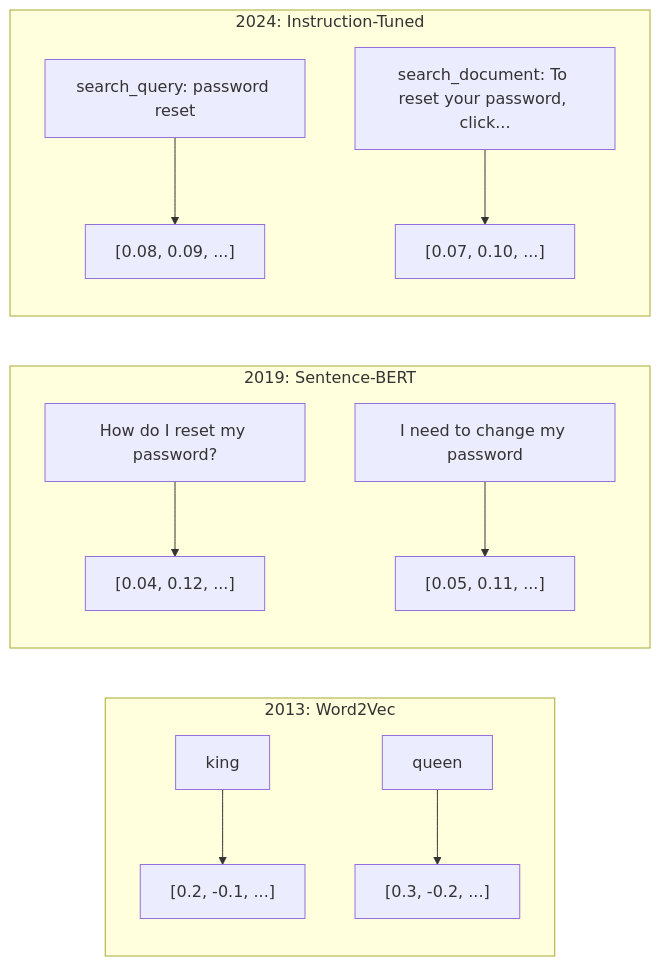
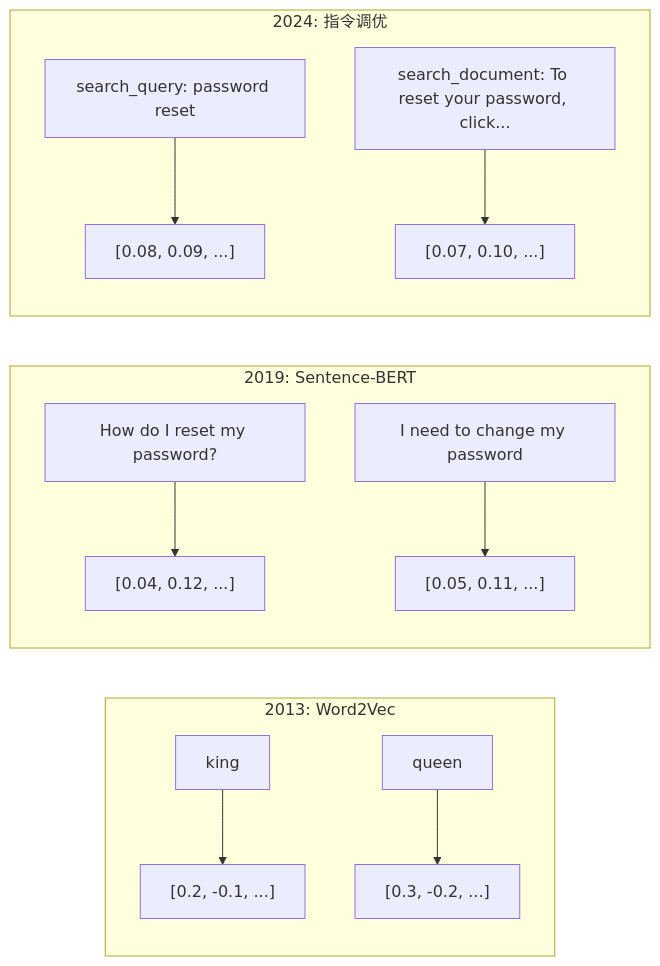
The first of 3 diagrams in phases/11-llm-engineering/04-embeddings/docs/zh-CN.md (husky1102/ai-engineering-from-scratch-zh), drawn with Mermaid before and after one commit. The commit also changed other lines of this file and 1 other file, not shown here.

````diff
--- a/phases/11-llm-engineering/04-embeddings/docs/zh-CN.md
+++ b/phases/11-llm-engineering/04-embeddings/docs/zh-CN.md
@@ -62,17 +62,17 @@
 ```mermaid
 graph LR
     subgraph "2013: Word2Vec"
         W1["king"] --> V1["[0.2, -0.1, ...]"]
         W2["queen"] --> V2["[0.3, -0.2, ...]"]
     end
 
     subgraph "2019: Sentence-BERT"
         S1["How do I reset my password?"] --> E1["[0.04, 0.12, ...]"]
         S2["I need to change my password"] --> E2["[0.05, 0.11, ...]"]
     end
 
-    subgraph "2024: Instruction-Tuned"
+    subgraph "2024: 指令调优"
         I1["search_query: password reset"] --> T1["[0.08, 0.09, ...]"]
         I2["search_document: To reset your password, click..."] --> T2["[0.07, 0.10, ...]"]
     end
 ```
````
